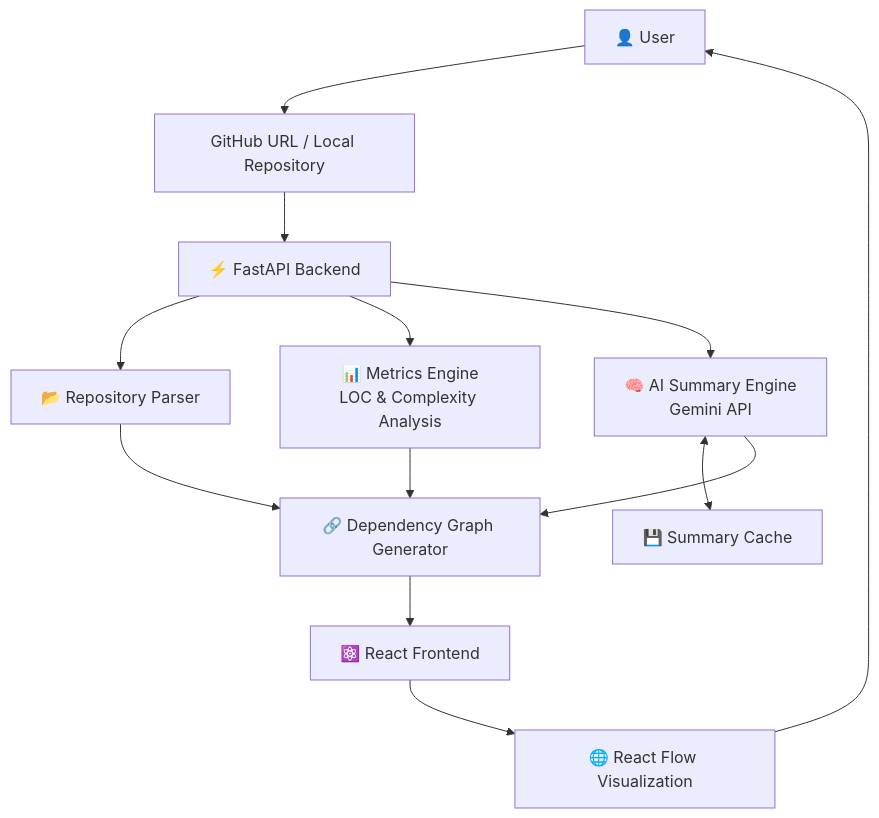
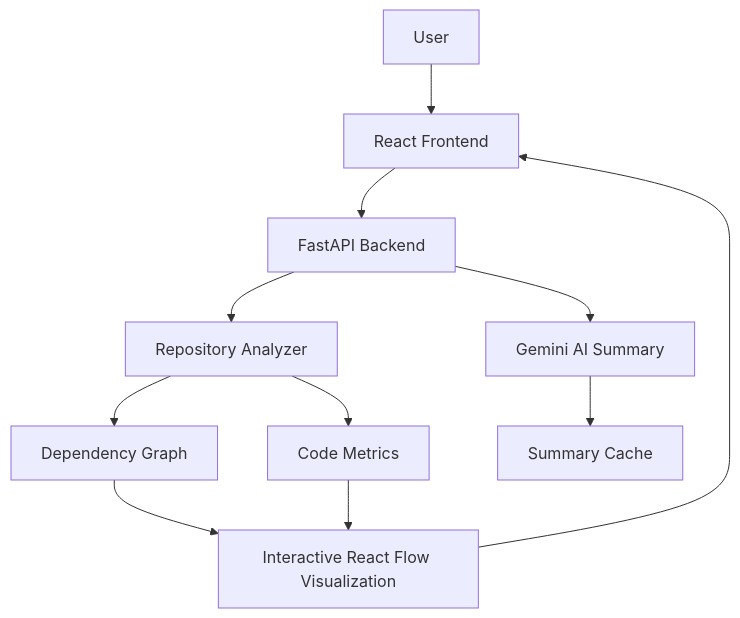
The diagram in README.md (Muzammil-msk/Repository-Structure-Analysis-and-Visualisation-System), drawn with Mermaid before and after one commit. The commit also changed other lines of this file, not shown here.

````diff
--- a/README.md
+++ b/README.md
@@ -80,36 +31,13 @@
 ```mermaid
-flowchart TB
-
-    User["👤 User"]
-    Input["GitHub URL / Local Repository"]
-
-    Backend["⚡ FastAPI Backend"]
-
-    Parser["📂 Repository Parser"]
-    Metrics["📊 Metrics Engine<br/>LOC & Complexity Analysis"]
-    Summary["🧠 AI Summary Engine<br/>Gemini API"]
-    Cache["💾 Summary Cache"]
-
-    Graph["🔗 Dependency Graph Generator"]
-
-    Frontend["⚛️ React Frontend"]
-    ReactFlow["🌐 React Flow Visualization"]
-
-    User --> Input
-    Input --> Backend
-
-    Backend --> Parser
-    Backend --> Metrics
-    Backend --> Summary
-
-    Summary <--> Cache
-
-    Parser --> Graph
-    Metrics --> Graph
-    Summary --> Graph
-
-    Graph --> Frontend
-    Frontend --> ReactFlow
-
-    ReactFlow --> User
+flowchart TD
+    A[User] --> B[React Frontend]
+    B --> C[FastAPI Backend]
+    C --> D[Repository Analyzer]
+    D --> E[Dependency Graph]
+    D --> F[Code Metrics]
+    C --> G[Gemini AI Summary]
+    G --> H[Summary Cache]
+    E --> I[Interactive React Flow Visualization]
+    F --> I
+    I --> B
 ```
````
